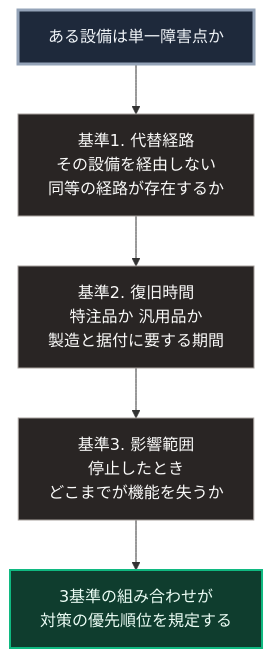
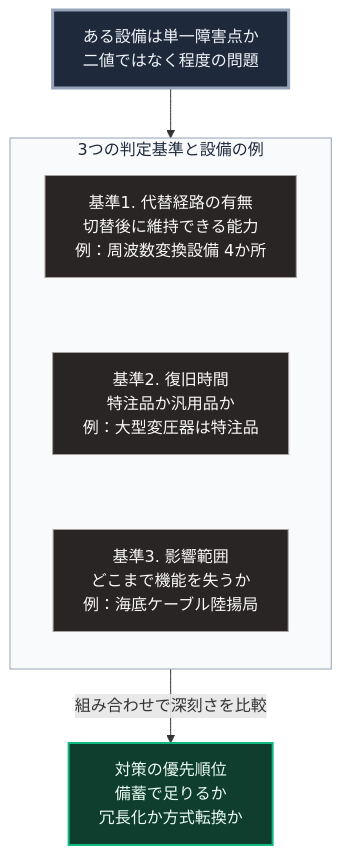
The diagram in books/sovereign-resilience-blueprint/25_physical-spof-japan.md (Takenori-Kusaka/zenn-content), drawn with Mermaid before and after one commit. The commit also changed other lines of this file and 114 other files, not shown here.

````diff
--- a/books/sovereign-resilience-blueprint/25_physical-spof-japan.md
+++ b/books/sovereign-resilience-blueprint/25_physical-spof-japan.md
@@ -79,14 +79,18 @@
 ```mermaid
 flowchart TD
-    Q[ある設備は単一障害点か]
-    Q --> B1[基準1. 代替経路<br>その設備を経由しない<br>同等の経路が存在するか]
-    B1 --> B2[基準2. 復旧時間<br>特注品か 汎用品か<br>製造と据付に要する期間]
-    B2 --> B3[基準3. 影響範囲<br>停止したとき<br>どこまでが機能を失うか]
-    B3 --> R[3基準の組み合わせが<br>対策の優先順位を規定する]
+    Q[ある設備は単一障害点か<br>二値ではなく程度の問題]
+    subgraph G[3つの判定基準と設備の例]
+        direction TB
+        B1[基準1. 代替経路の有無<br>切替後に維持できる能力<br>例：周波数変換設備 4か所] ~~~ B2[基準2. 復旧時間<br>特注品か汎用品か<br>例：大型変圧器は特注品]
+        B2 ~~~ B3[基準3. 影響範囲<br>どこまで機能を失うか<br>例：海底ケーブル陸揚局]
+    end
+    Q --> G
+    G -->|組み合わせで深刻さを比較| R[対策の優先順位<br>備蓄で足りるか<br>冗長化か方式転換か]
 
     style Q fill:#1e293b,stroke:#94a3b8,stroke-width:3px,color:#f1f5f9
     style B1 fill:#292524,stroke:#a8a29e,color:#fafaf9
     style B2 fill:#292524,stroke:#a8a29e,color:#fafaf9
     style B3 fill:#292524,stroke:#a8a29e,color:#fafaf9
     style R fill:#0f3d2e,stroke:#10b981,stroke-width:2px,color:#ecfdf5
+    style G fill:#f8fafc,stroke:#94a3b8,color:#1e293b
 ```
````
